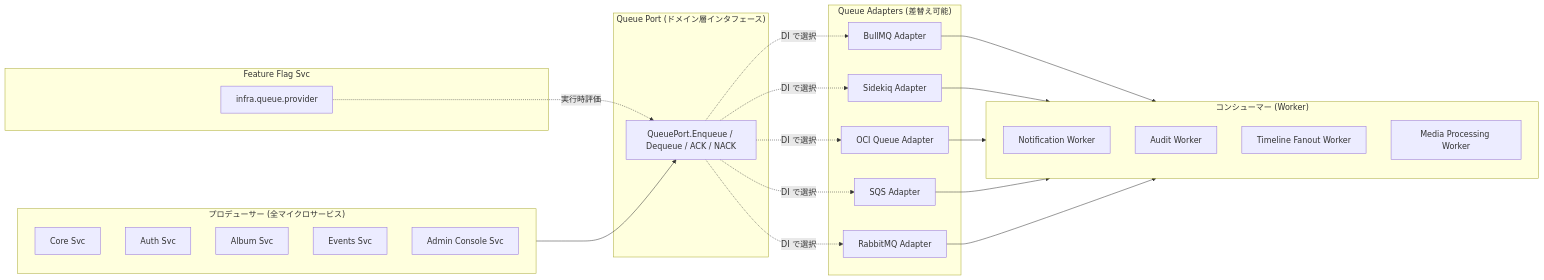
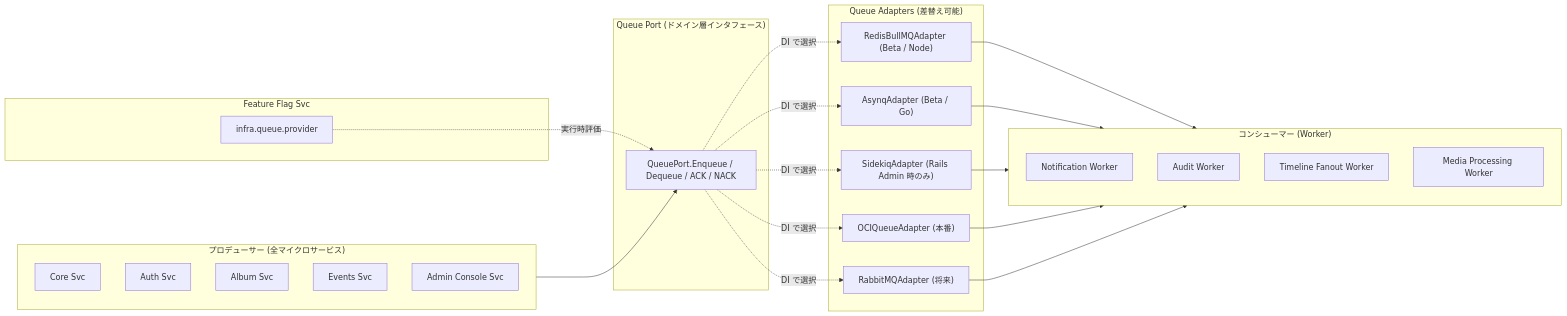
Before and after one commit to Willen-Federation/Recerdo-Developers-Docs: the diagram in docs/microservice/queue-abstraction.md, drawn with Mermaid. The commit also changed other lines of this file and 44 other files, not shown here.

````diff
--- a/docs/microservice/queue-abstraction.md
+++ b/docs/microservice/queue-abstraction.md
@@ -78,47 +80,47 @@
 ```mermaid
 flowchart LR
   subgraph Producers["プロデューサー (全マイクロサービス)"]
     Core["Core Svc"]
     Auth["Auth Svc"]
     Album["Album Svc"]
     Events["Events Svc"]
     Admin["Admin Console Svc"]
   end
 
   subgraph QueuePort["Queue Port (ドメイン層インタフェース)"]
     P["QueuePort.Enqueue / Dequeue / ACK / NACK"]
   end
 
   subgraph Adapters["Queue Adapters (差替え可能)"]
-    BullMQ["BullMQ Adapter"]
-    Sidekiq["Sidekiq Adapter"]
-    OCIQ["OCI Queue Adapter"]
-    SQS["SQS Adapter"]
-    Rabbit["RabbitMQ Adapter"]
+    BullMQ["RedisBullMQAdapter (Beta / Node)"]
+    Asynq["AsynqAdapter (Beta / Go)"]
+    Sidekiq["SidekiqAdapter (Rails Admin 時のみ)"]
+    OCIQ["OCIQueueAdapter (本番)"]
+    Rabbit["RabbitMQAdapter (将来)"]
   end
 
   subgraph Consumers["コンシューマー (Worker)"]
     NotifW["Notification Worker"]
     AuditW["Audit Worker"]
     TimelineW["Timeline Fanout Worker"]
     MediaW["Media Processing Worker"]
   end
 
   subgraph FF["Feature Flag Svc"]
     Flag["infra.queue.provider"]
   end
 
   Producers --> P
   P -.DI で選択.-> BullMQ
+  P -.DI で選択.-> Asynq
   P -.DI で選択.-> Sidekiq
   P -.DI で選択.-> OCIQ
-  P -.DI で選択.-> SQS
   P -.DI で選択.-> Rabbit
   Flag -.実行時評価.-> P
 
   BullMQ --> Consumers
+  Asynq --> Consumers
   Sidekiq --> Consumers
   OCIQ --> Consumers
-  SQS --> Consumers
   Rabbit --> Consumers
 ```
````
